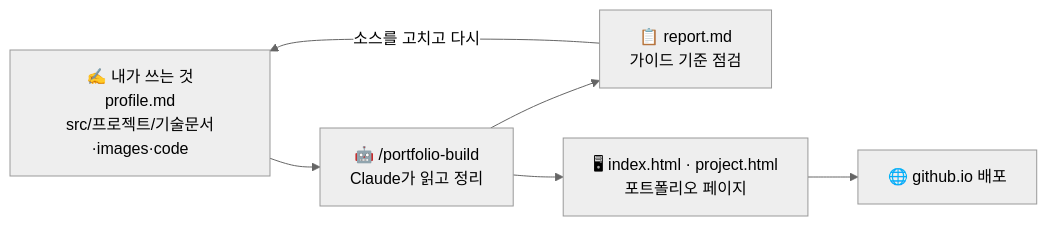
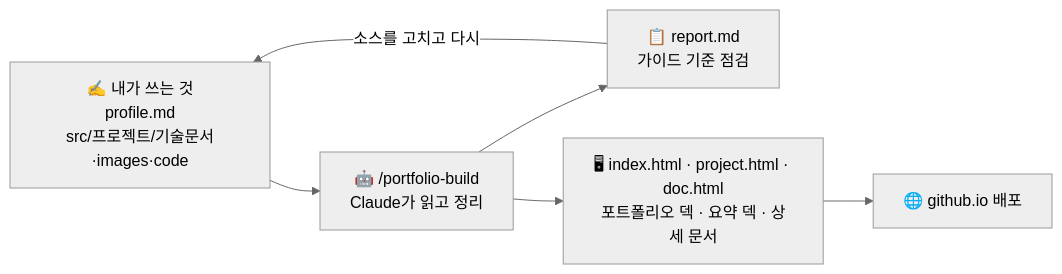
The diagram in README.md (krKooHoo/portfolio-test), drawn with Mermaid (neutral theme) before and after one commit. The commit also changed other lines of this file and 17 other files, not shown here.

````diff
--- a/README.md
+++ b/README.md
@@ -7,8 +7,8 @@
 ```mermaid
 flowchart LR
     A["✍ 내가 쓰는 것<br/>profile.md<br/>src/프로젝트/기술문서·images·code"] --> B["🤖 /portfolio-build<br/>Claude가 읽고 정리"]
     B --> C["📋 report.md<br/>가이드 기준 점검"]
-    B --> D["🖥 index.html · project.html<br/>포트폴리오 페이지"]
+    B --> D["🖥 index.html · project.html · doc.html<br/>포트폴리오 덱 · 요약 덱 · 상세 문서"]
     C -->|"소스를 고치고 다시"| A
     D --> E["🌐 github.io 배포"]
 ```
````
